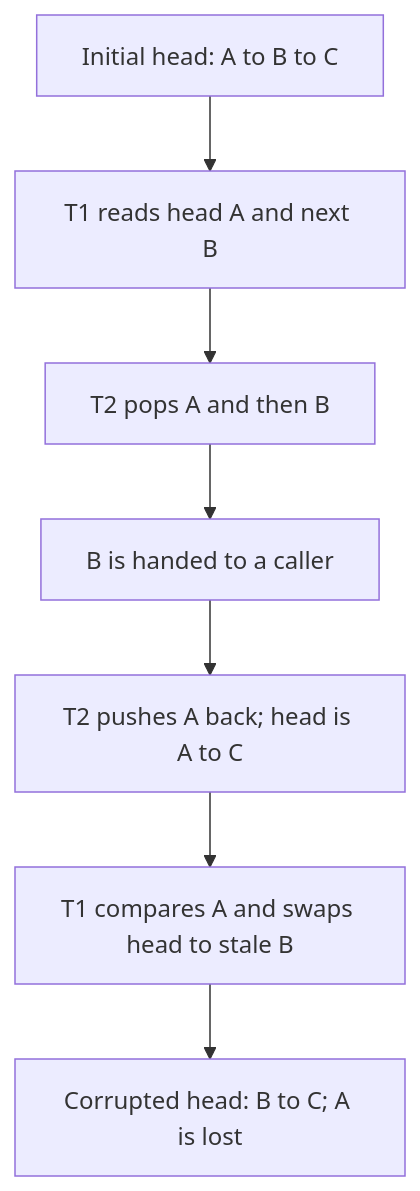
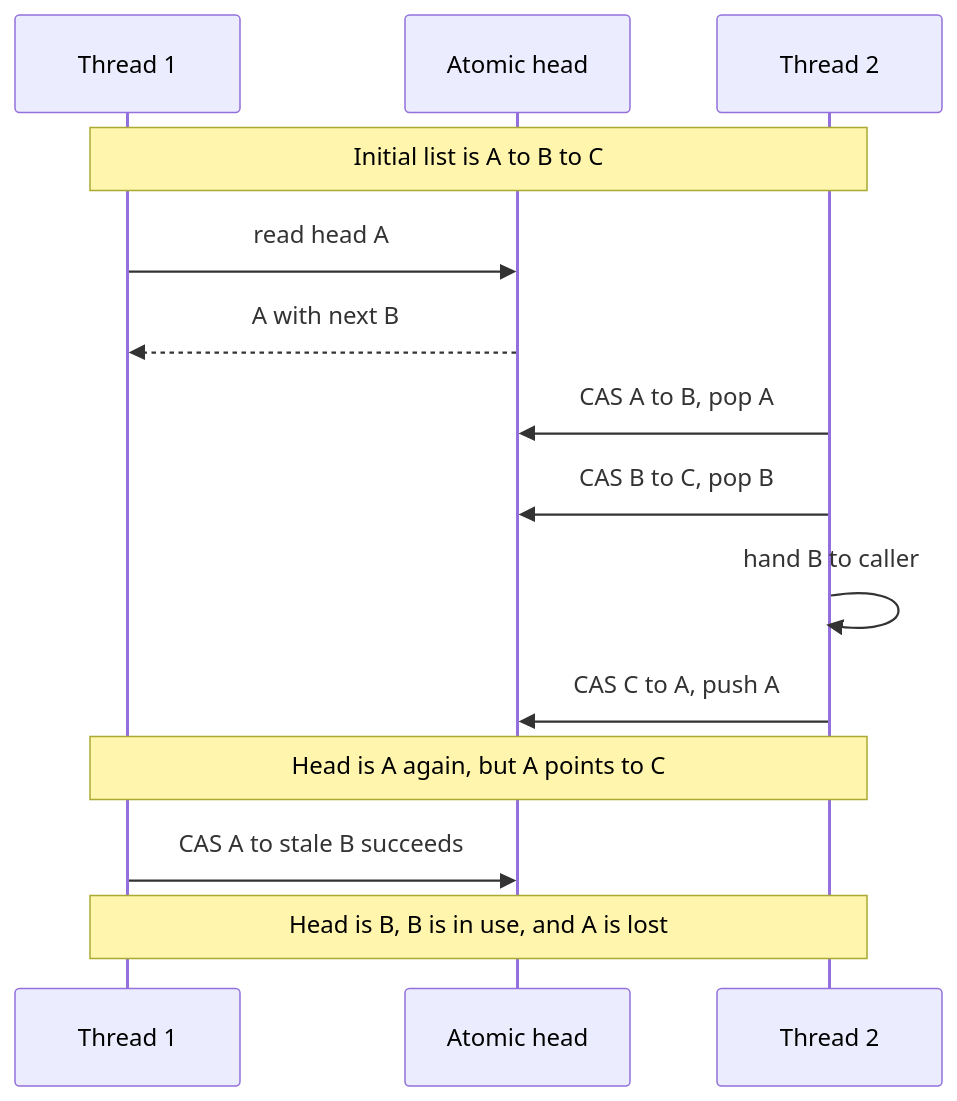
One commit to zizitop13/mock-interview-club-public changed the diagram in quizzes/java/atomic-reference-free-list-aba-explain.md. Above: the diagram before and after it, drawn with Mermaid.

Commit message:
Restore ABA Mermaid sequence diagram

````diff
--- a/quizzes/java/atomic-reference-free-list-aba-explain.md
+++ b/quizzes/java/atomic-reference-free-list-aba-explain.md
@@ -21,9 +21,16 @@
 ```mermaid
-graph TD
-    S0["Initial head: A to B to C"] --> T1["T1 reads head A and next B"]
-    T1 --> T2["T2 pops A and then B"]
-    T2 --> U["B is handed to a caller"]
-    U --> P["T2 pushes A back; head is A to C"]
-    P --> CAS["T1 compares A and swaps head to stale B"]
-    CAS --> BAD["Corrupted head: B to C; A is lost"]
+sequenceDiagram
+    participant T1 as Thread 1
+    participant H as Atomic head
+    participant T2 as Thread 2
+    Note over T1,T2: Initial list is A to B to C
+    T1->>H: read head A
+    H-->>T1: A with next B
+    T2->>H: CAS A to B, pop A
+    T2->>H: CAS B to C, pop B
+    T2->>T2: hand B to caller
+    T2->>H: CAS C to A, push A
+    Note over T1,T2: Head is A again, but A points to C
+    T1->>H: CAS A to stale B succeeds
+    Note over T1,T2: Head is B, B is in use, and A is lost
 ```
````
